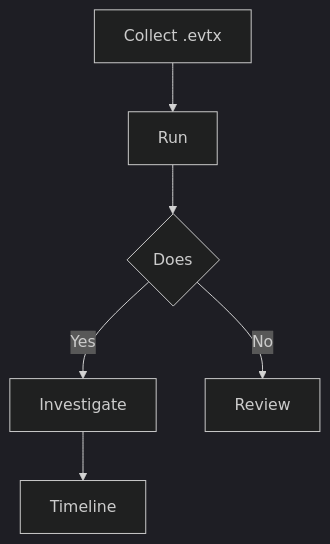
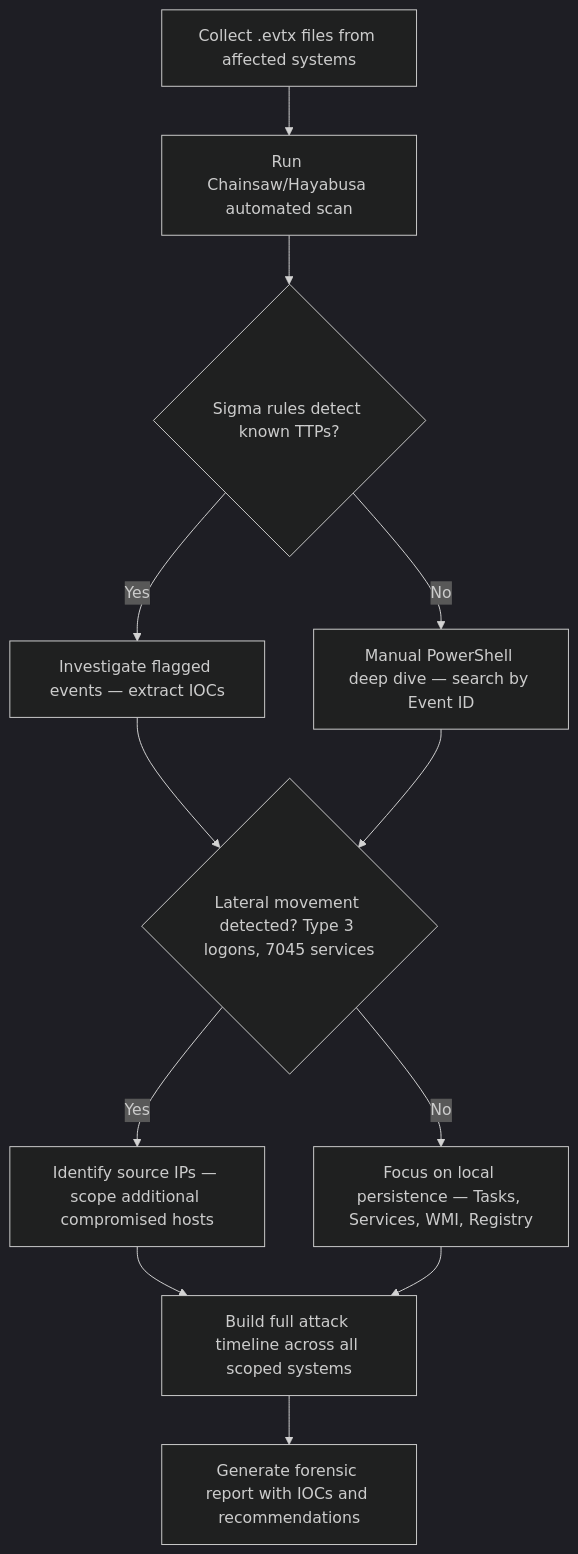
One commit to Ak-cybe/awesome-offensive-security-skills changed the diagram in skills/incident-response/forensics/windows-event-logs-analysis/SKILL.md. Above: the diagram before and after it, drawn with Mermaid (dark theme). The commit also changed other lines of this file and 384 other files, not shown here.

````diff
--- a/skills/incident-response/forensics/windows-event-logs-analysis/SKILL.md
+++ b/skills/incident-response/forensics/windows-event-logs-analysis/SKILL.md
@@ -50,8 +263,14 @@
 ```mermaid
 flowchart TD
-    A[Collect .evtx ] --> B[Run ]
-    B --> C{Does }
-    C -->|Yes| D[Investigate ]
-    C -->|No| E[Review ]
-    D --> F[Timeline ]
+    A[Collect .evtx files from affected systems] --> B[Run Chainsaw/Hayabusa automated scan]
+    B --> C{Sigma rules detect known TTPs?}
+    C -->|Yes| D[Investigate flagged events — extract IOCs]
+    C -->|No| E[Manual PowerShell deep dive — search by Event ID]
+    D --> F{Lateral movement detected? Type 3 logons, 7045 services}
+    E --> F
+    F -->|Yes| G[Identify source IPs — scope additional compromised hosts]
+    F -->|No| H[Focus on local persistence — Tasks, Services, WMI, Registry]
+    G --> I[Build full attack timeline across all scoped systems]
+    H --> I
+    I --> J[Generate forensic report with IOCs and recommendations]
 ```
````
